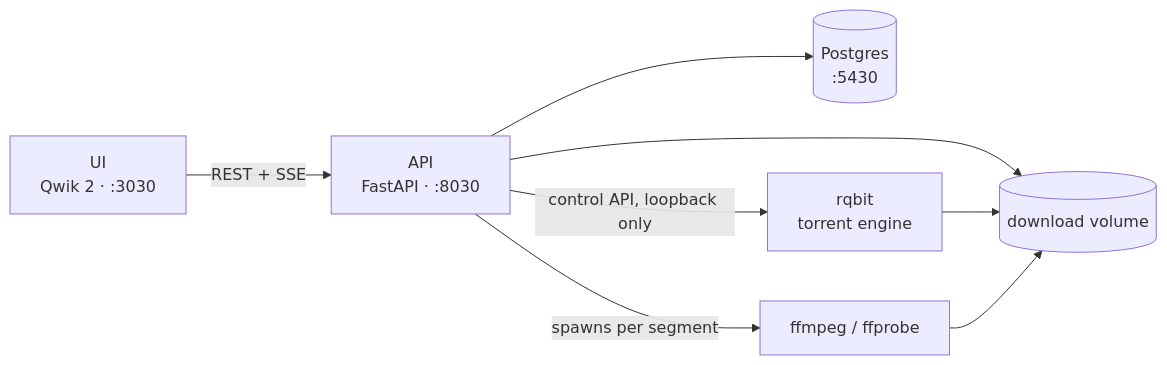
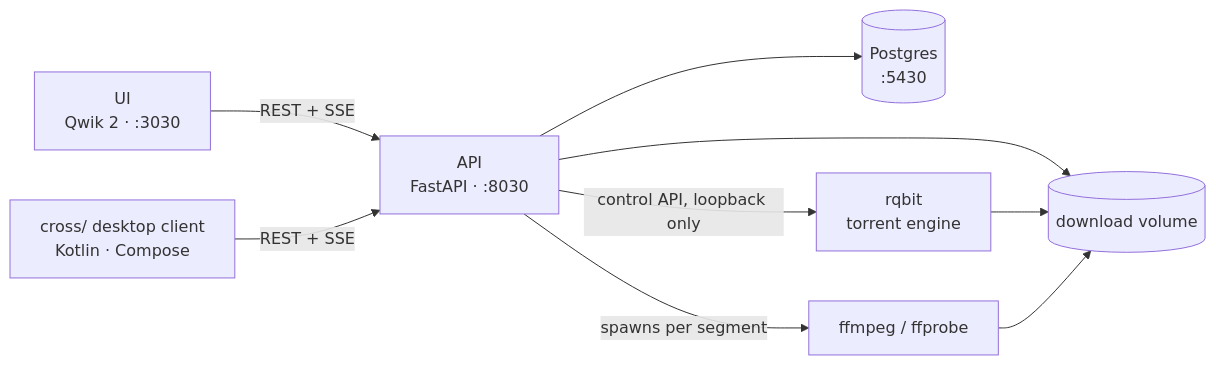
The first of 2 diagrams in docs/architecture.md (iamromandev/anydm), drawn with Mermaid before and after one commit. The commit also changed other lines of this file and 47 other files, not shown here.

First line of the commit message:
feat(cross): a Kotlin Multiplatform desktop client, part 1: scaffold and API client (#126)

````diff
--- a/docs/architecture.md
+++ b/docs/architecture.md
@@ -9,17 +9,19 @@
 ```mermaid
 graph LR
     UI["UI<br/>Qwik 2 · :3030"]
+    CROSS["cross/ desktop client<br/>Kotlin · Compose"]
     API["API<br/>FastAPI · :8030"]
     PG[("Postgres<br/>:5430")]
     RQ["rqbit<br/>torrent engine"]
     FF["ffmpeg / ffprobe"]
     VOL[("download volume")]
 
     UI -->|"REST + SSE"| API
+    CROSS -->|"REST + SSE"| API
     API --> PG
     API -->|"control API, loopback only"| RQ
     API -->|"spawns per segment"| FF
     API --> VOL
     RQ --> VOL
     FF --> VOL
 ```
````
